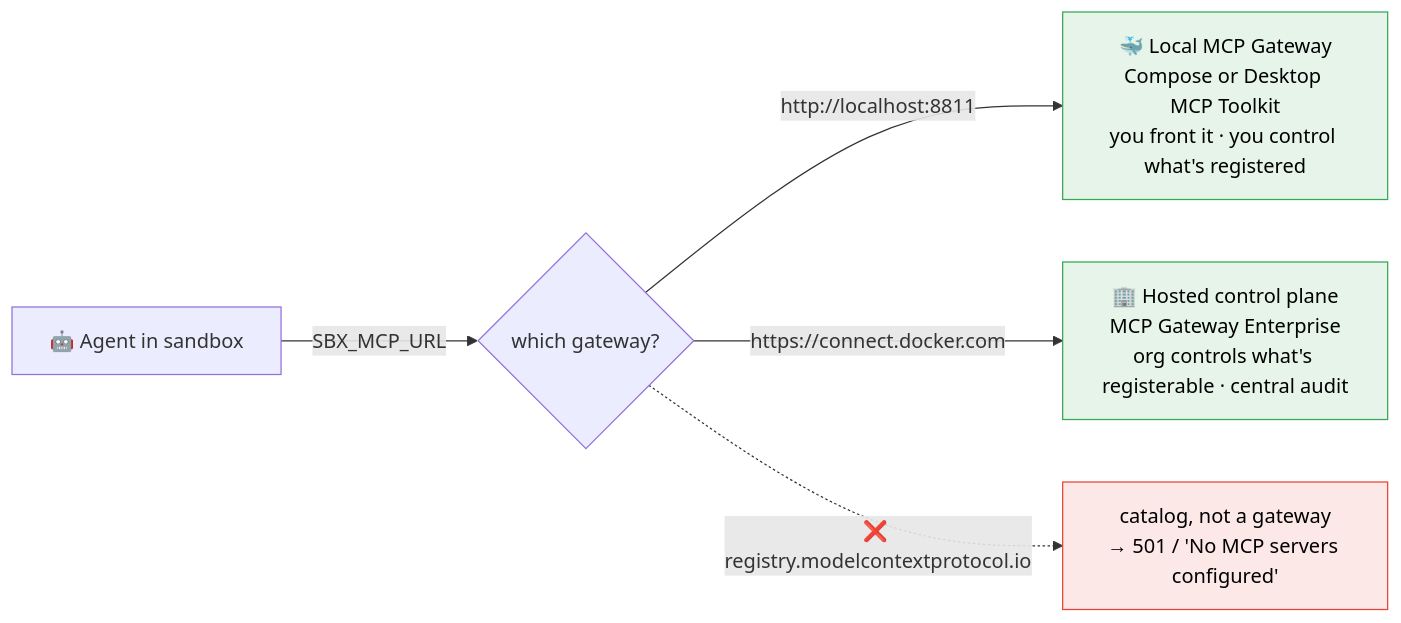
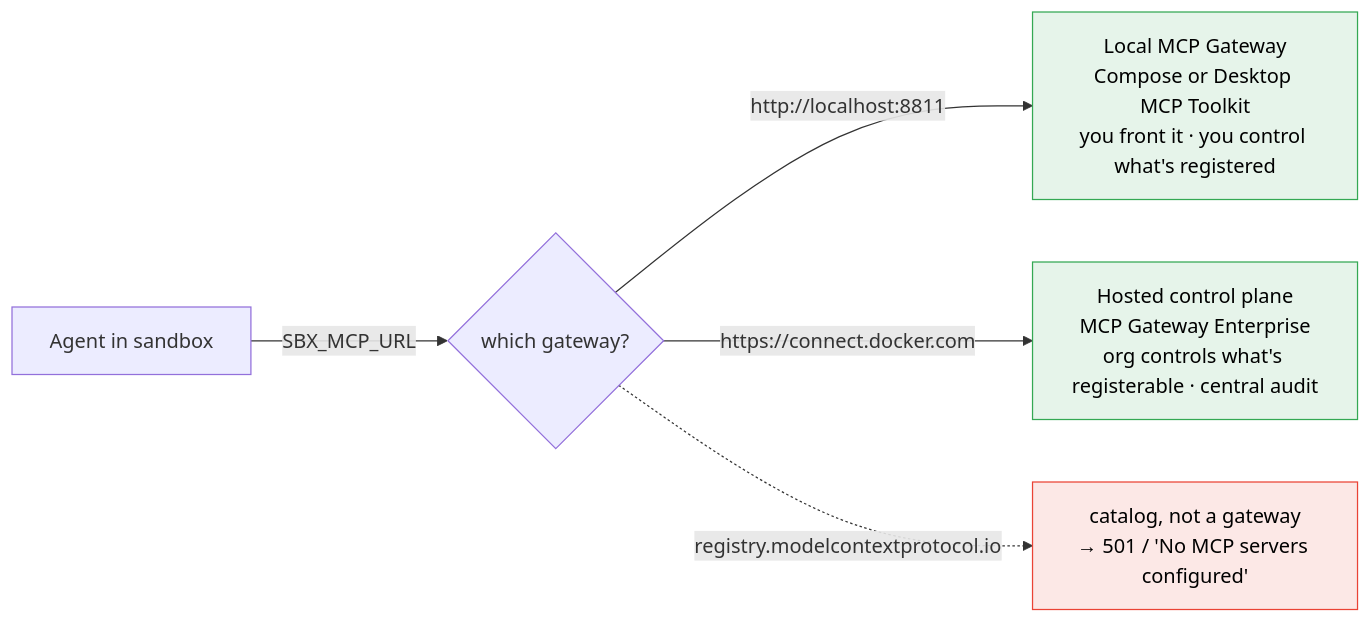
Before and after one commit to ajeetraina/labspace-ai-governance: the third of 3 diagrams in labspace/assets/architecture.md, drawn with Mermaid. The commit also changed other lines of this file and 1 other file, not shown here.

First line of the commit message:
Remove emoji from architecture diagrams (rendered as tofu boxes)

````diff
--- a/labspace/assets/architecture.md
+++ b/labspace/assets/architecture.md
@@ -148,12 +148,12 @@
 ```mermaid
 flowchart LR
-    A["🤖 Agent in sandbox"] -- SBX_MCP_URL --> CHOICE{"which gateway?"}
-    CHOICE -- "http://localhost:8811" --> LOCAL["🐳 Local MCP Gateway<br/>Compose or Desktop MCP Toolkit<br/>you front it · you control what's registered"]
-    CHOICE -- "https://connect.docker.com" --> HOSTED["🏢 Hosted control plane<br/>MCP Gateway Enterprise<br/>org controls what's registerable · central audit"]
-    CHOICE -. "❌ registry.modelcontextprotocol.io" .-> BAD["catalog, not a gateway<br/>→ 501 / 'No MCP servers configured'"]
+    A["Agent in sandbox"] -- SBX_MCP_URL --> CHOICE{"which gateway?"}
+    CHOICE -- "http://localhost:8811" --> LOCAL["Local MCP Gateway<br/>Compose or Desktop MCP Toolkit<br/>you front it · you control what's registered"]
+    CHOICE -- "https://connect.docker.com" --> HOSTED["Hosted control plane<br/>MCP Gateway Enterprise<br/>org controls what's registerable · central audit"]
+    CHOICE -. "registry.modelcontextprotocol.io" .-> BAD["catalog, not a gateway<br/>→ 501 / 'No MCP servers configured'"]
 
     classDef good fill:#e6f4ea,stroke:#34a853,color:#000
     classDef bad fill:#fce8e6,stroke:#ea4335,color:#000
     class LOCAL,HOSTED good
     class BAD bad
 ```
````
